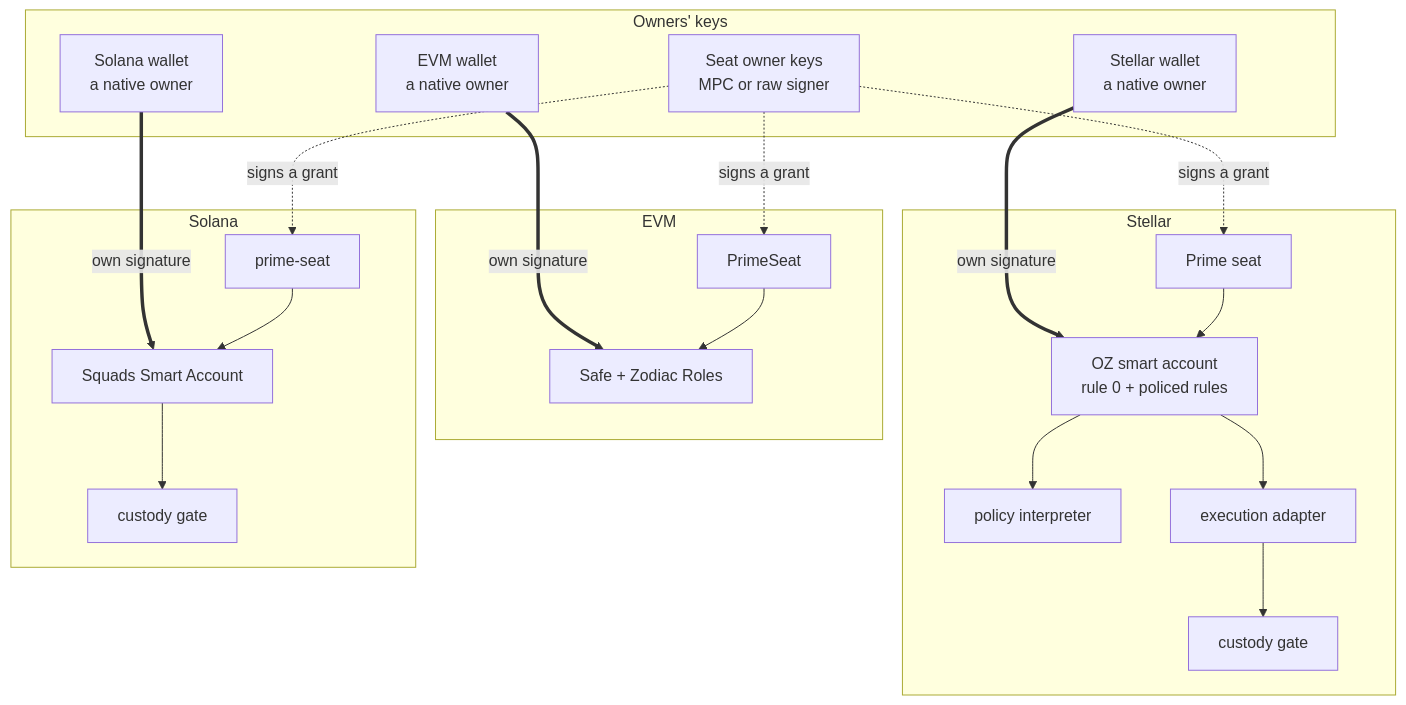
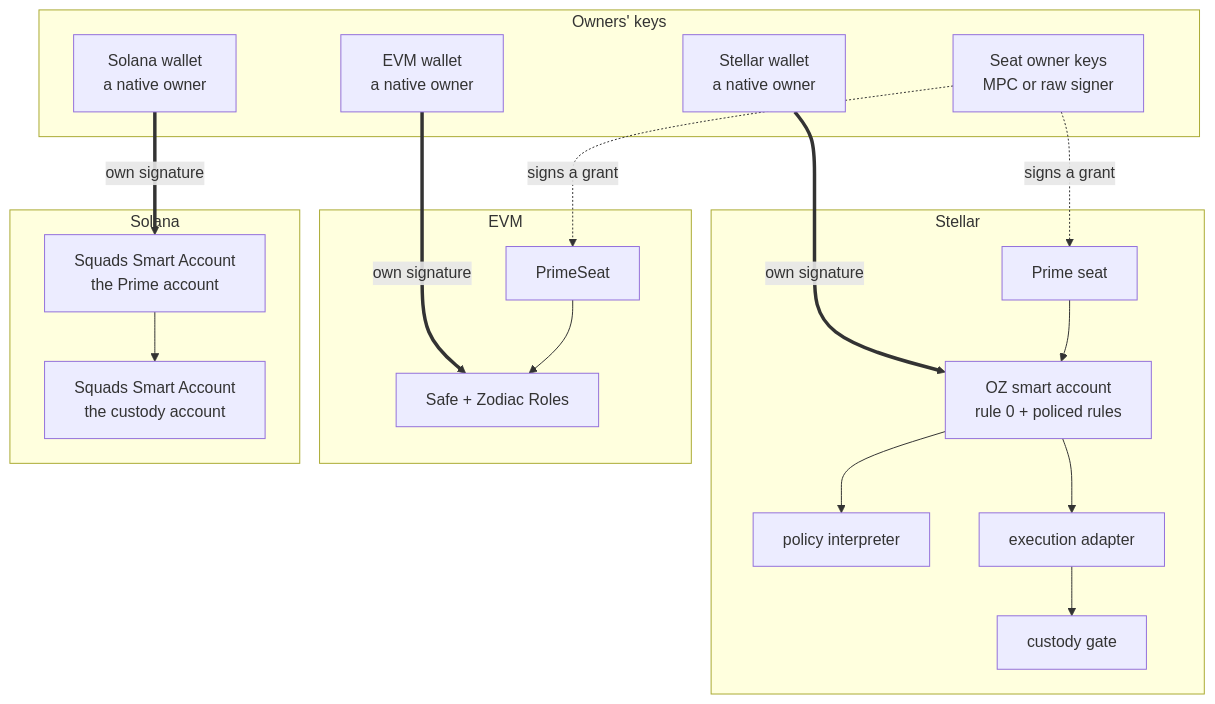
One commit to untangledfinance/oz-policy-builder changed the fourth of 6 diagrams in docs/architecture.md. Above: the diagram before and after it, drawn with Mermaid. The commit also changed other lines of this file and 3 other files, not shown here.

````diff
--- a/docs/architecture.md
+++ b/docs/architecture.md
@@ -117,35 +117,33 @@
 ```mermaid
 flowchart TB
   subgraph W["Owners' keys"]
     FR["Stellar wallet<br/>a native owner"]
     MM["EVM wallet<br/>a native owner"]
     PH["Solana wallet<br/>a native owner"]
     OK["Seat owner keys<br/>MPC or raw signer"]
   end
   subgraph XLM["Stellar"]
     OZ["OZ smart account<br/>rule 0 + policed rules"]
     SS["Prime seat"]
     INT["policy interpreter"]
     AD["execution adapter"]
     G1["custody gate"]
   end
   subgraph EVM["EVM"]
     SAFE["Safe + Zodiac Roles"]
     PS["PrimeSeat"]
   end
   subgraph SOL["Solana"]
-    SQ["Squads Smart Account"]
-    SP["prime-seat"]
-    G2["custody gate"]
+    SQ["Squads Smart Account<br/>the Prime account"]
+    G2["Squads Smart Account<br/>the custody account"]
   end
   FR == "own signature" ==> OZ
   MM == "own signature" ==> SAFE
   PH == "own signature" ==> SQ
-  OK -. "signs a grant" .-> SS & PS & SP
+  OK -. "signs a grant" .-> SS & PS
   SS --> OZ
   PS --> SAFE
-  SP --> SQ
   OZ --> INT
   OZ --> AD --> G1
   SQ --> G2
 ```
````
